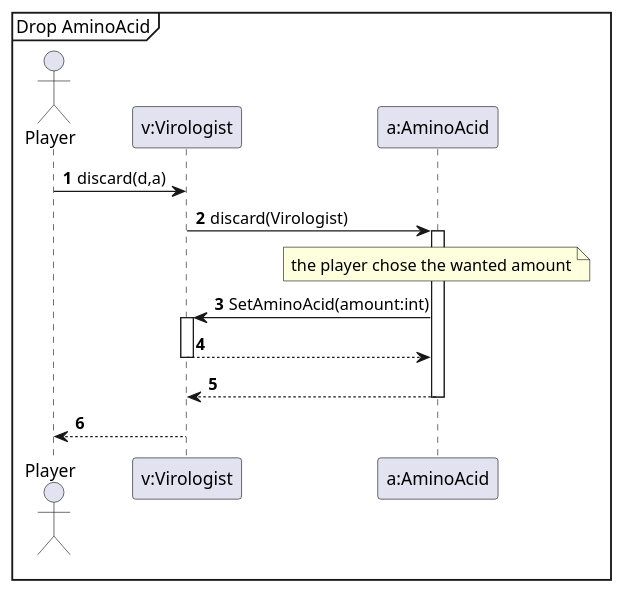
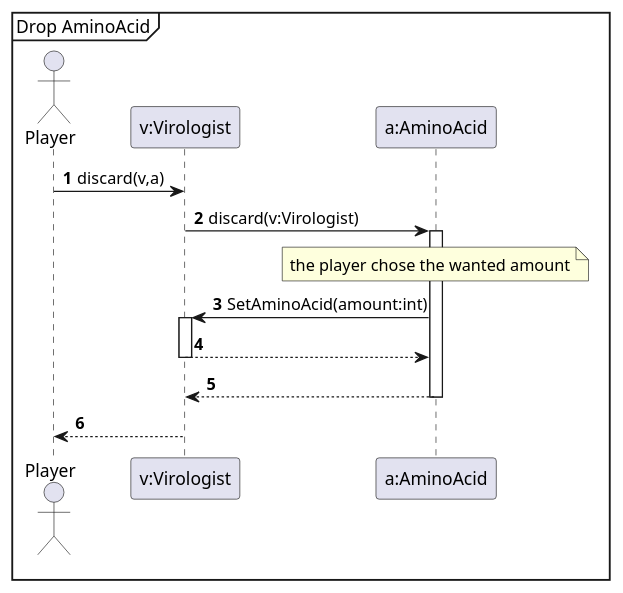
Before and after one commit to Projlab-csb/projlab-virologus: the diagram in Exact Sequence-diagrams/DiscardAminoAcid.puml, drawn with PlantUML. The commit also changed 4 other files, not shown here.

Commit message:
Little changes in sequences

```diff
--- a/Exact Sequence-diagrams/DiscardAminoAcid.puml
+++ b/Exact Sequence-diagrams/DiscardAminoAcid.puml
@@ -1,19 +1,19 @@
 @startuml
 'https://plantuml.com/sequence-diagram
 
 autonumber
 Mainframe Drop AminoAcid
 actor Player
-Player -> "v:Virologist": discard(d,a)
-"v:Virologist"->"a:AminoAcid"++:discard(Virologist)
+Player -> "v:Virologist": discard(v,a)
+"v:Virologist"->"a:AminoAcid"++:discard(v:Virologist)
                     note over  "a:AminoAcid"
                     the player chose the wanted amount
                      end note
 "a:AminoAcid"->"v:Virologist":SetAminoAcid(amount:int)
 activate "v:Virologist"
 "v:Virologist"-->"a:AminoAcid"
 deactivate "v:Virologist"
 "a:AminoAcid"-->"v:Virologist"--
 "v:Virologist"-->Player
 
 @enduml
```
